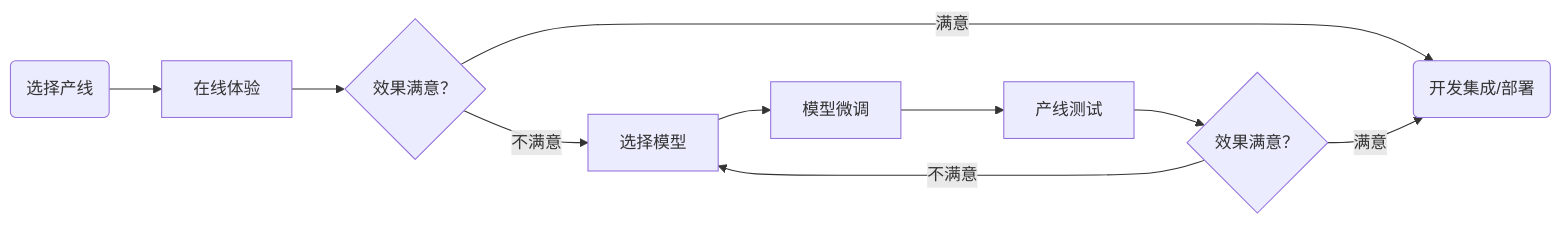
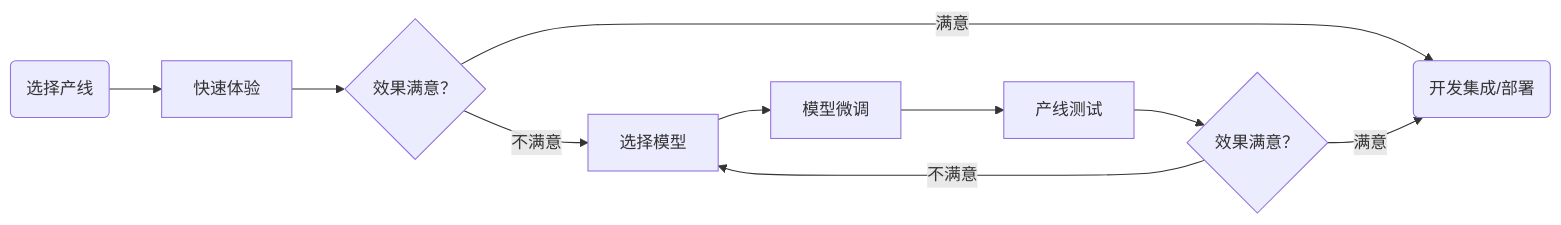
Before and after one commit to PaddlePaddle/PaddleX: the diagram in docs/tutorials/pipelines/pipeline_develop_tools.md, drawn with Mermaid. The commit also changed other lines of this file and 1 other file, not shown here.

````diff
--- a/docs/tutorials/pipelines/pipeline_develop_tools.md
+++ b/docs/tutorials/pipelines/pipeline_develop_tools.md
@@ -64,12 +5,12 @@
 ```mermaid
 graph LR
-    select_pipeline(选择产线) --> online_experience[在线体验]
+    select_pipeline(选择产线) --> online_experience[快速体验]
     online_experience --> online_ok{效果满意？}
     online_ok --不满意--> select_model[选择模型]
     select_model --> model_finetune[模型微调]
     online_ok --满意--> development_integration(开发集成/部署)
     model_finetune --> pipeline_test[产线测试]
     pipeline_test --> test_ok{效果满意？}
     test_ok --不满意--> select_model
     test_ok --满意--> development_integration
 ```
````
